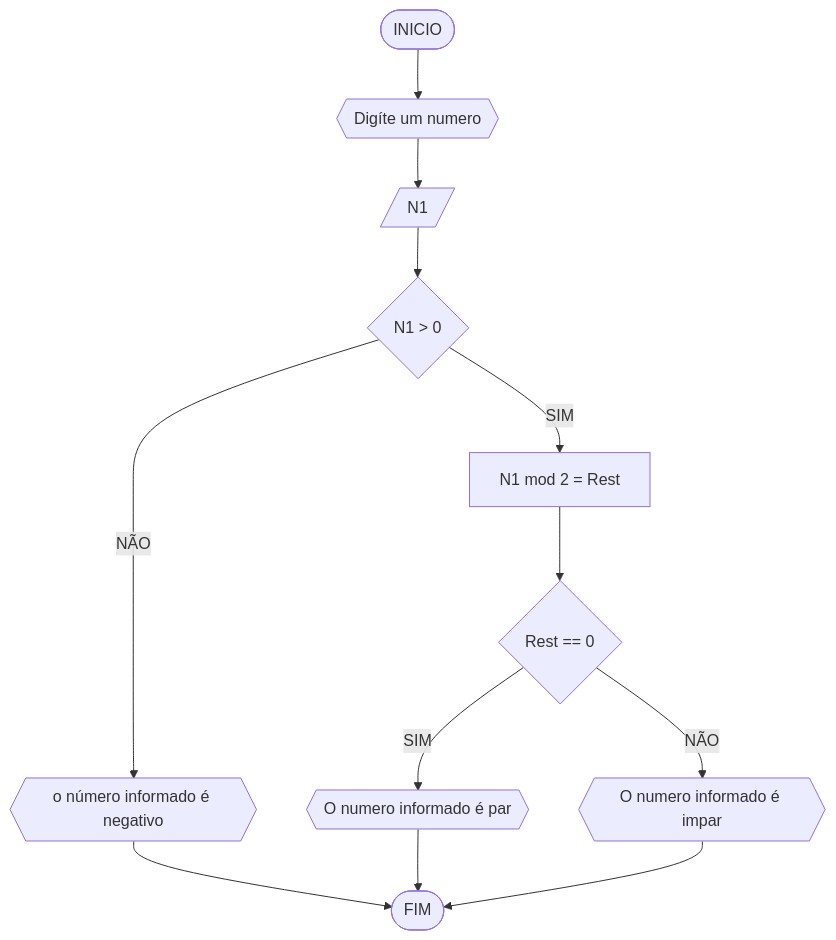
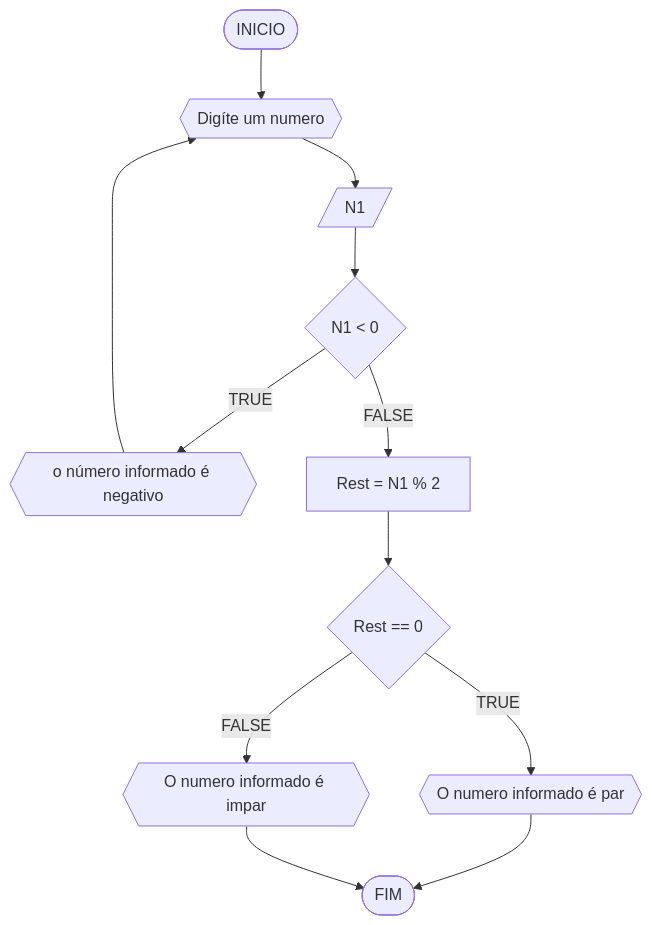
The first of 2 diagrams in RLA/lista_de_exercícios.md (Px1906/unifor), drawn with Mermaid before and after one commit. The commit also changed other lines of this file, not shown here.

````diff
--- a/RLA/lista_de_exercícios.md
+++ b/RLA/lista_de_exercícios.md
@@ -9,15 +9,14 @@
 ```mermaid
 flowchart TD
 A([INICIO]) --> B{{Digíte um numero}}
 B --> C[/N1/]
-C --> D{N1 > 0}
-D --NÃO-->E{{o número informado é negativo}}
-E-->Z([FIM])
-D --SIM-->F[N1 mod 2 = Rest]
+C --> D{N1 < 0}
+D --TRUE-->E{{o número informado é negativo}}
+E -->B
+D --FALSE-->F[Rest = N1 % 2]
 F --> G{Rest == 0}
-G --NÃO--> H{{O numero informado é impar}}
-G --SIM--> I{{O numero informado é par}}
-I --> Z
+G --FALSE--> H{{O numero informado é impar}}
+G --TRUE--> I{{O numero informado é par}}
+I --> Z([FIM])
 H --> Z
-
 ```
````
